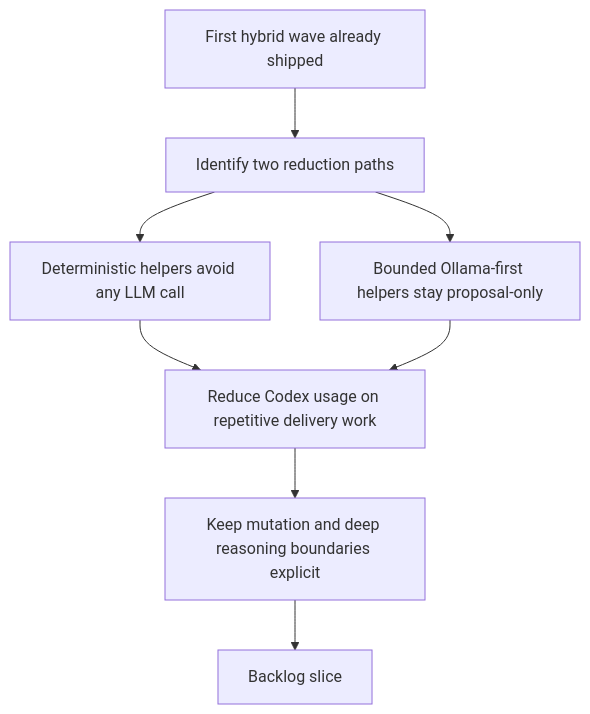
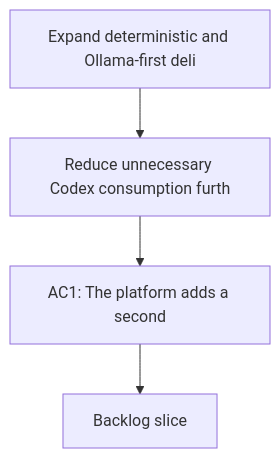
The diagram in logics/request/req_106_expand_deterministic_and_ollama_first_delivery_assist_to_reduce_codex_usage.md (AlexAgo83/logics-manager), drawn with Mermaid before and after one commit. The commit also changed 481 other files, not shown here.

````diff
--- a/logics/request/req_106_expand_deterministic_and_ollama_first_delivery_assist_to_reduce_codex_usage.md
+++ b/logics/request/req_106_expand_deterministic_and_ollama_first_delivery_assist_to_reduce_codex_usage.md
@@ -51,12 +51,8 @@
 ```mermaid
 %% logics-kind: request
 %% logics-signature: request|expand-deterministic-and-ollama-first-de|reduce-unnecessary-codex-consumption-fur|ac1-the-platform-adds-a-second
 flowchart TD
-    Current[First hybrid wave already shipped] --> Split[Identify two reduction paths]
-    Split --> Deterministic[Deterministic helpers avoid any LLM call]
-    Split --> Local[Bounded Ollama-first helpers stay proposal-only]
-    Deterministic --> Target[Reduce Codex usage on repetitive delivery work]
-    Local --> Target
-    Target --> Guardrails[Keep mutation and deep reasoning boundaries explicit]
-    Guardrails --> Backlog[Backlog slice]
+    Trigger[Expand deterministic and Ollama-first deli] --> Need[Reduce unnecessary Codex consumption furth]
+    Need --> Outcome[AC1: The platform adds a second]
+    Outcome --> Backlog[Backlog slice]
 ```
````
